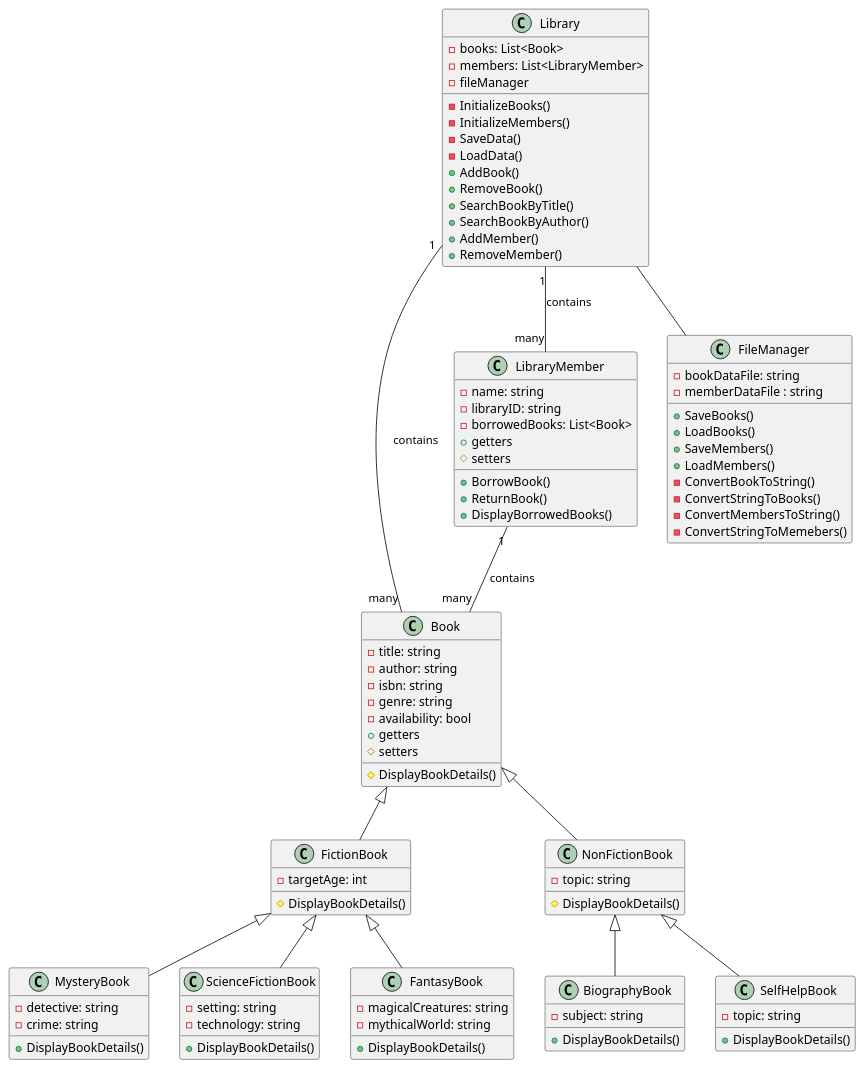
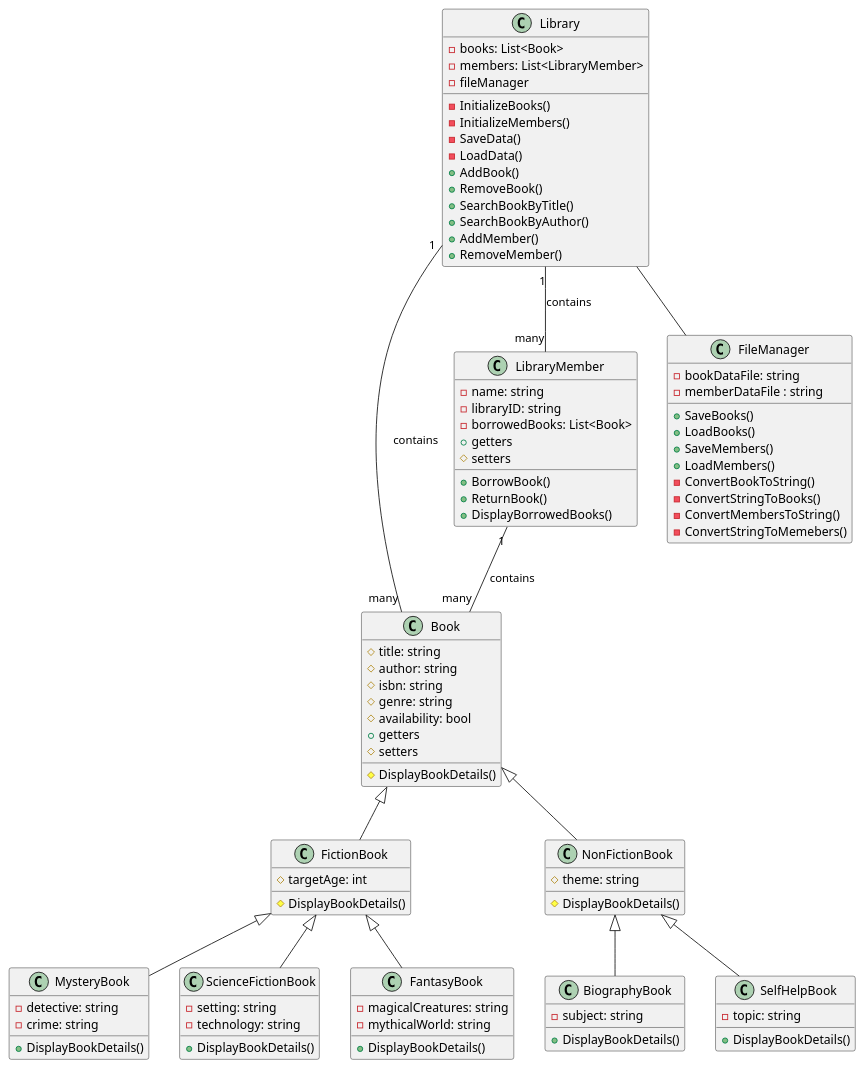
One commit to Kasmodan1/cse210 changed the diagram in final/FinalProject/finaldiagram.wsd. Above: the diagram before and after it, drawn with PlantUML. The commit also changed 10 other files, not shown here.

```diff
--- a/final/FinalProject/finaldiagram.wsd
+++ b/final/FinalProject/finaldiagram.wsd
@@ -1,105 +1,105 @@
 @startuml Library System
 
 Book <|-- FictionBook
 Book <|-- NonFictionBook
 FictionBook <|-- MysteryBook
 FictionBook <|-- ScienceFictionBook
 FictionBook <|-- FantasyBook
 NonFictionBook <|-- BiographyBook
 NonFictionBook <|-- SelfHelpBook
 LibraryMember "1" -- "many" Book :contains
 Library "1" -- "many" Book :contains
 Library "1" -- "many" LibraryMember :contains
 Library -- FileManager
 
 class Library {
   - books: List<Book>
   - members: List<LibraryMember>
   - fileManager
   - InitializeBooks()
   - InitializeMembers()
   - SaveData()
   - LoadData()
   + AddBook()
   + RemoveBook()
   + SearchBookByTitle()
   + SearchBookByAuthor()
   + AddMember()
   + RemoveMember()
 }
 
 class FileManager {
   - bookDataFile: string
   - memberDataFile : string
   + SaveBooks()
   + LoadBooks()
   + SaveMembers()
   + LoadMembers()
   - ConvertBookToString()
   - ConvertStringToBooks()
   - ConvertMembersToString()
   - ConvertStringToMemebers()
 }
 
 class LibraryMember {
   - name: string
   - libraryID: string
   - borrowedBooks: List<Book>
   + getters
   # setters
   + BorrowBook()
   + ReturnBook()
   + DisplayBorrowedBooks()
 }
 
 class Book {
-  - title: string
-  - author: string
-  - isbn: string
-  - genre: string
-  - availability: bool
+  # title: string
+  # author: string
+  # isbn: string
+  # genre: string
+  # availability: bool
   + getters
   # setters
   # DisplayBookDetails()
 }
 
 class FictionBook {
-  - targetAge: int
+  # targetAge: int
   # DisplayBookDetails()
 }
 
 class NonFictionBook {
-  - topic: string
+  # theme: string
   # DisplayBookDetails()
 }
 
 class MysteryBook {
   - detective: string
   - crime: string
   + DisplayBookDetails()
 }
 
 class ScienceFictionBook {
   - setting: string
   - technology: string
   + DisplayBookDetails()
 }
 
 class FantasyBook {
   - magicalCreatures: string
   - mythicalWorld: string
   + DisplayBookDetails()
 }
 
 class BiographyBook {
   - subject: string
   + DisplayBookDetails()
 }
 
 class SelfHelpBook {
   - topic: string
   + DisplayBookDetails()
 }
 
 
 @enduml
```
